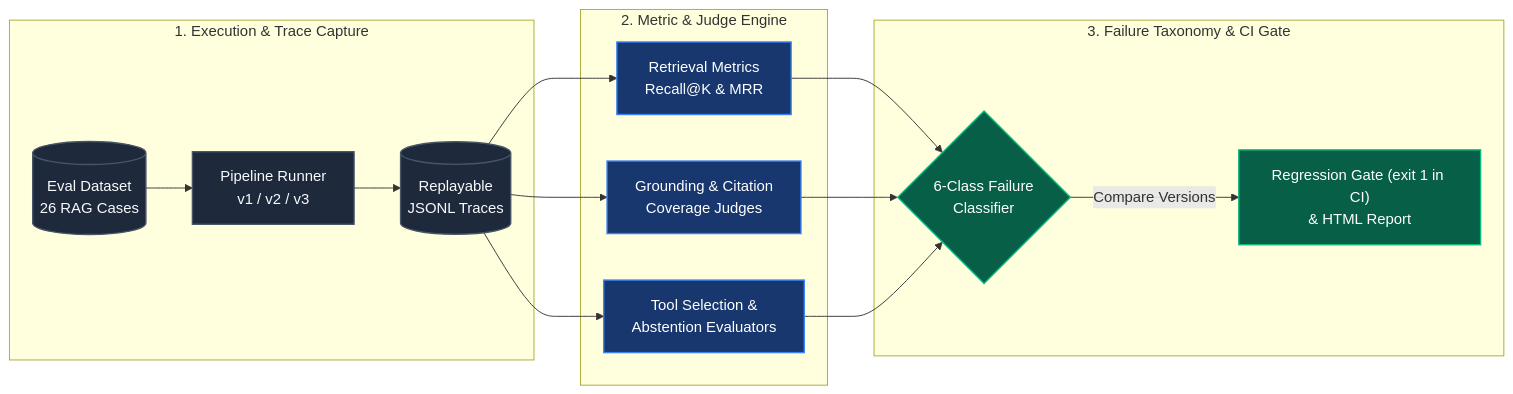
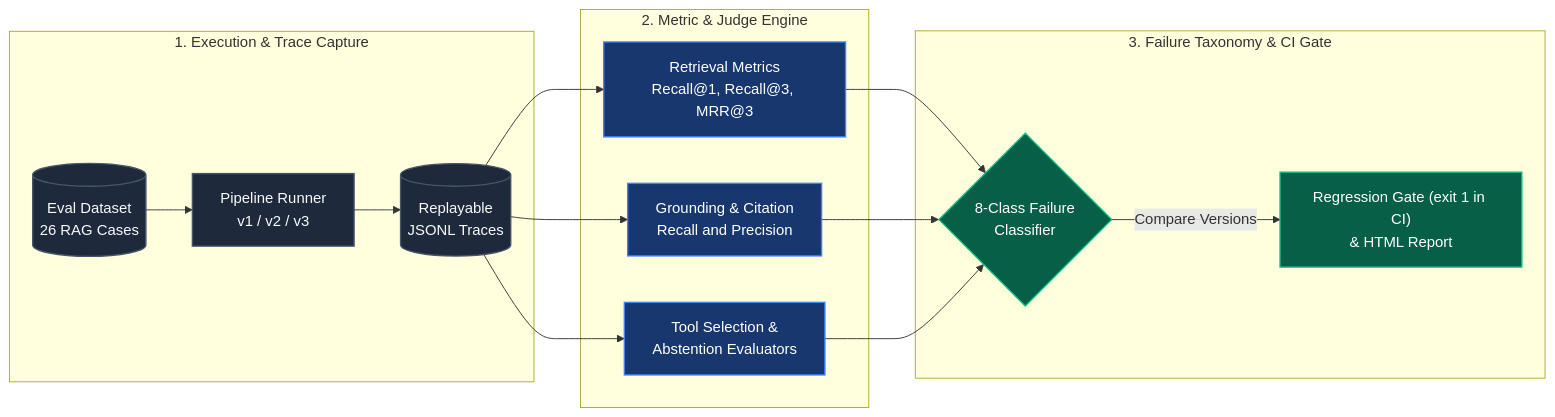
The first of 4 diagrams in README.md (vaibhav3000/aire), drawn with Mermaid before and after one commit. The commit also changed other lines of this file and 2 other files, not shown here.

````diff
--- a/README.md
+++ b/README.md
@@ -18,22 +18,22 @@
 ```mermaid
 flowchart LR
   subgraph S1["1. Execution & Trace Capture"]
     D[("Eval Dataset<br>26 RAG Cases")] --> R["Pipeline Runner<br>v1 / v2 / v3"]
     R --> T[("Replayable<br>JSONL Traces")]
   end
   subgraph S2["2. Metric & Judge Engine"]
-    T --> M1["Retrieval Metrics<br>Recall@K & MRR"]
-    T --> M2["Grounding & Citation<br>Coverage Judges"]
+    T --> M1["Retrieval Metrics<br>Recall@1, Recall@3, MRR@3"]
+    T --> M2["Grounding & Citation<br>Recall and Precision"]
     T --> M3["Tool Selection &<br>Abstention Evaluators"]
   end
   subgraph S3["3. Failure Taxonomy & CI Gate"]
-    M1 & M2 & M3 --> F{"6-Class Failure<br>Classifier"}
+    M1 & M2 & M3 --> F{"8-Class Failure<br>Classifier"}
     F -->|Compare Versions| G["Regression Gate (exit 1 in CI)<br>& HTML Report"]
   end
   classDef stage1 fill:#1e293b,stroke:#475569,color:#f8fafc,stroke-width:1.5px;
   classDef stage2 fill:#17376e,stroke:#3b82f6,color:#ffffff,stroke-width:1.5px;
   classDef stage3 fill:#065f46,stroke:#10b981,color:#ffffff,stroke-width:1.5px;
   class D,R,T stage1;
   class M1,M2,M3 stage2;
   class F,G stage3;
 ```
````
